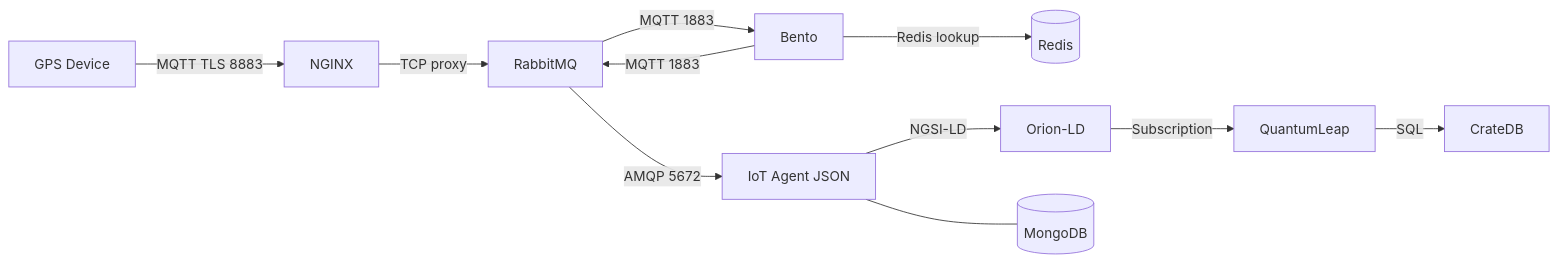
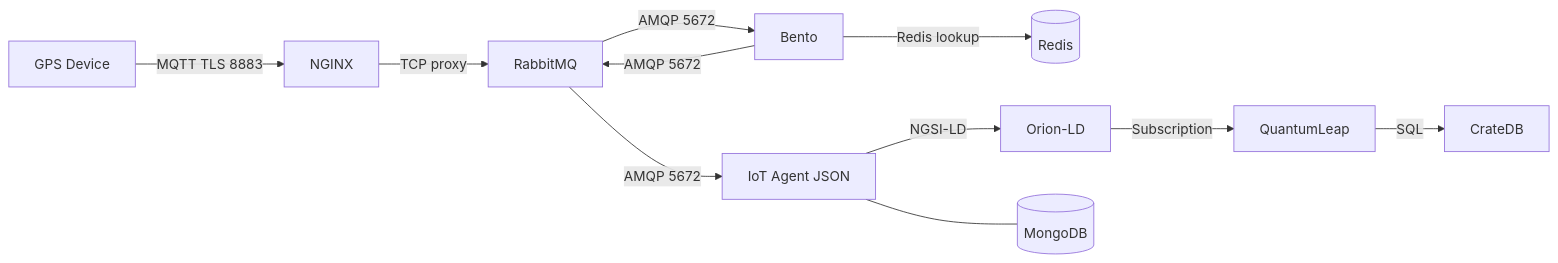
Before and after one commit to OS2sandbox/gps-connector: the diagram in dataflow/README.md, drawn with Mermaid. The commit also changed other lines of this file and 3 other files, not shown here.

First line of the commit message:
Replace Bento's MQTT input/output with AMQP 0.9.1 to communicate   directly with RabbitMQ, removing the unnecessary MQTT plugin overhead   for internal traffic. MQTT is now only used for external device ingress.

````diff
--- a/dataflow/README.md
+++ b/dataflow/README.md
@@ -7,13 +7,13 @@
 ```mermaid
 graph LR
     A[GPS Device] -->|MQTT TLS 8883| N[NGINX]
     N -->|TCP proxy| B[RabbitMQ]
-    B -->|MQTT 1883| C[Bento]
+    B -->|AMQP 5672| C[Bento]
     C -->|Redis lookup| J[(Redis)]
-    C -->|MQTT 1883| B
+    C -->|AMQP 5672| B
     B -->|AMQP 5672| D[IoT Agent JSON]
     D -->|NGSI-LD| E[Orion-LD]
     E -->|Subscription| F[QuantumLeap]
     F -->|SQL| G[CrateDB]
     D --- H[(MongoDB)]
 ```
````
